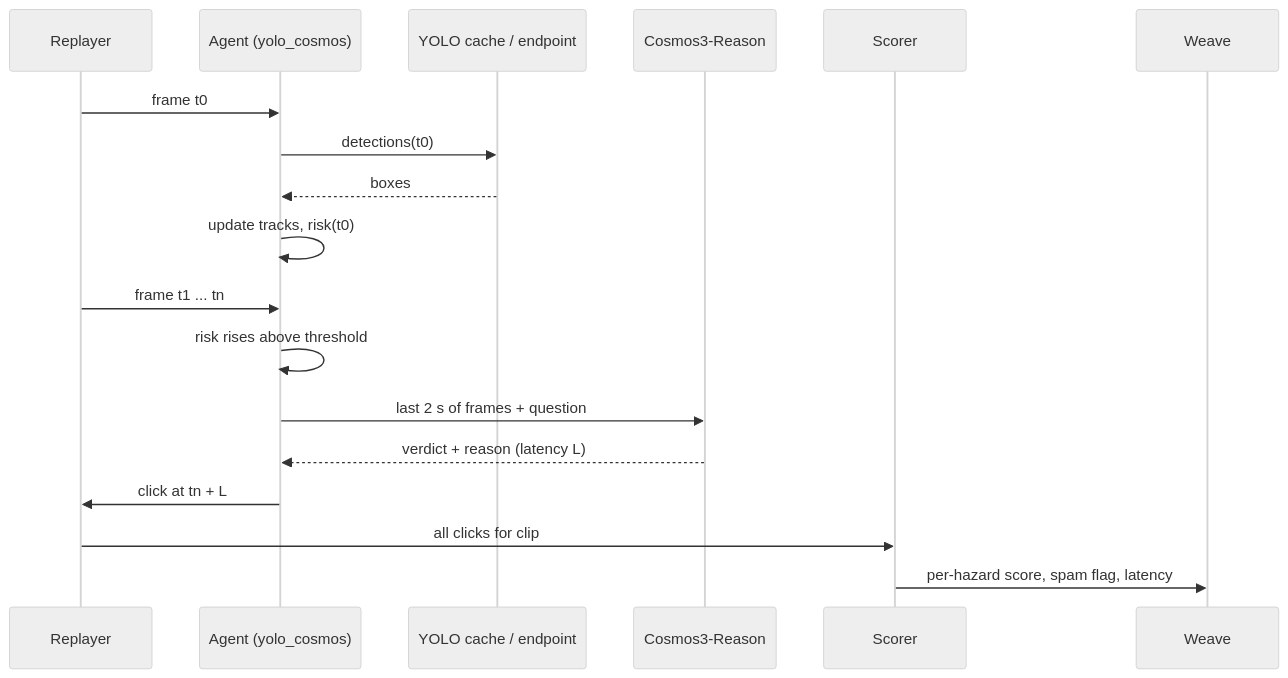
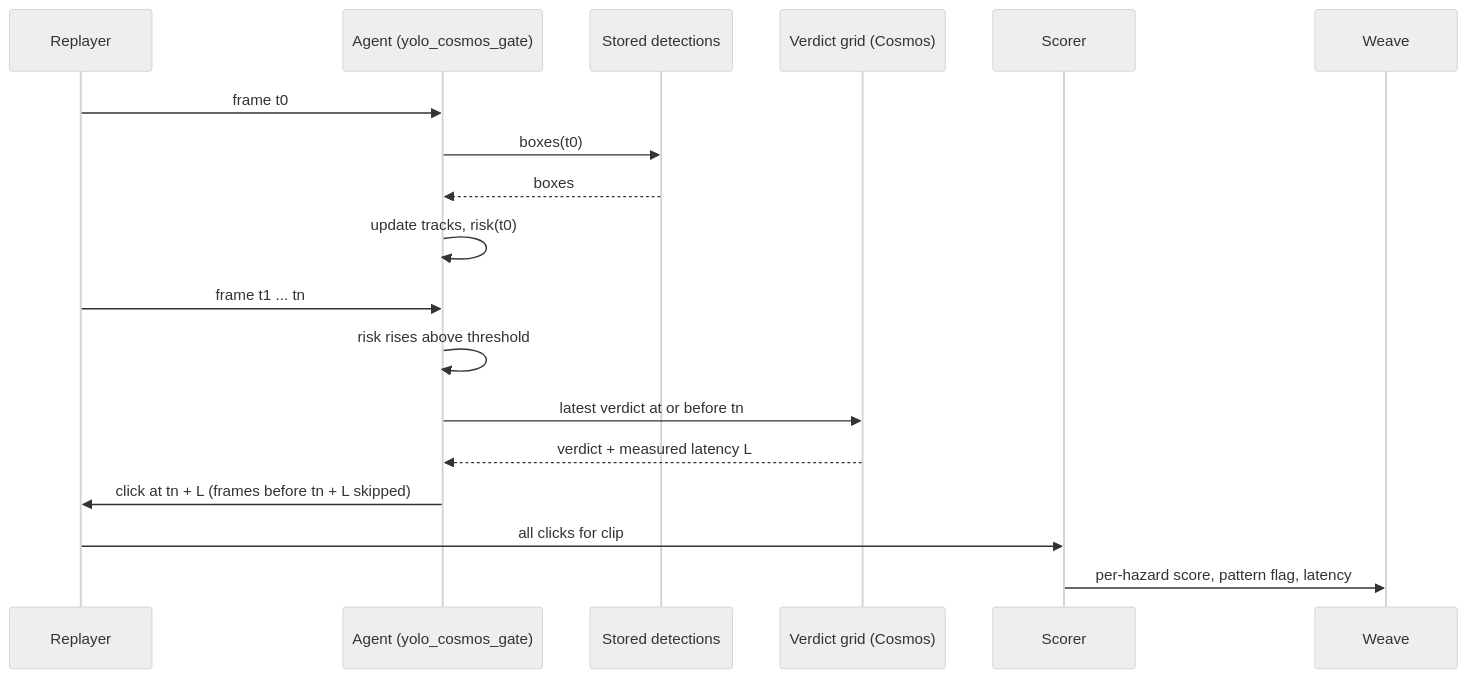
Before and after one commit to mosesman831/developing-hazard: the second of 2 diagrams in SPEC.md, drawn with Mermaid (neutral theme). The commit also changed other lines of this file and 1 other file, not shown here.

````diff
--- a/SPEC.md
+++ b/SPEC.md
@@ -338,20 +434,20 @@
 ```mermaid
 sequenceDiagram
   participant R as Replayer
-  participant A as Agent (yolo_cosmos)
-  participant Y as YOLO cache / endpoint
-  participant C as Cosmos3-Reason
+  participant A as Agent (yolo_cosmos_gate)
+  participant D as Stored detections
+  participant G as Verdict grid (Cosmos)
   participant S as Scorer
   participant W as Weave
   R->>A: frame t0
-  A->>Y: detections(t0)
-  Y-->>A: boxes
+  A->>D: boxes(t0)
+  D-->>A: boxes
   A->>A: update tracks, risk(t0)
   R->>A: frame t1 ... tn
   A->>A: risk rises above threshold
-  A->>C: last 2 s of frames + question
-  C-->>A: verdict + reason (latency L)
-  A->>R: click at tn + L
+  A->>G: latest verdict at or before tn
+  G-->>A: verdict + measured latency L
+  A->>R: click at tn + L (frames before tn + L skipped)
   R->>S: all clicks for clip
-  S->>W: per-hazard score, spam flag, latency
+  S->>W: per-hazard score, pattern flag, latency
 ```
````
